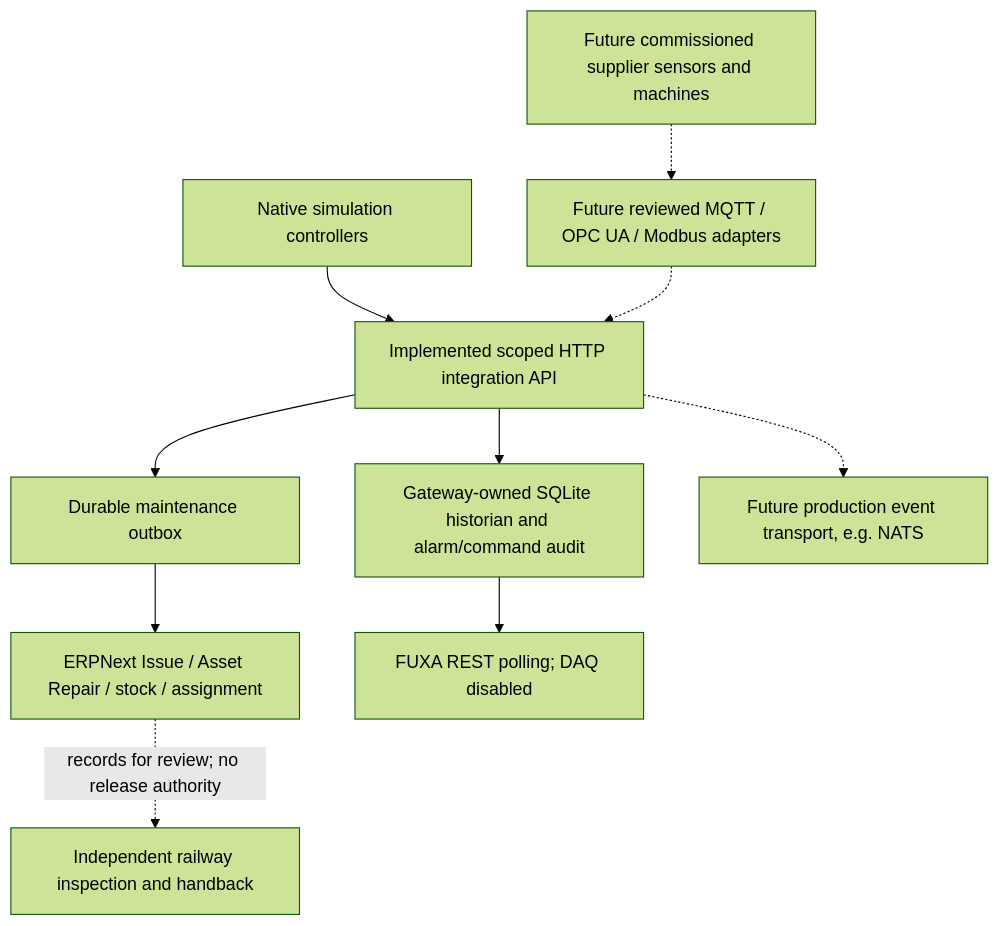
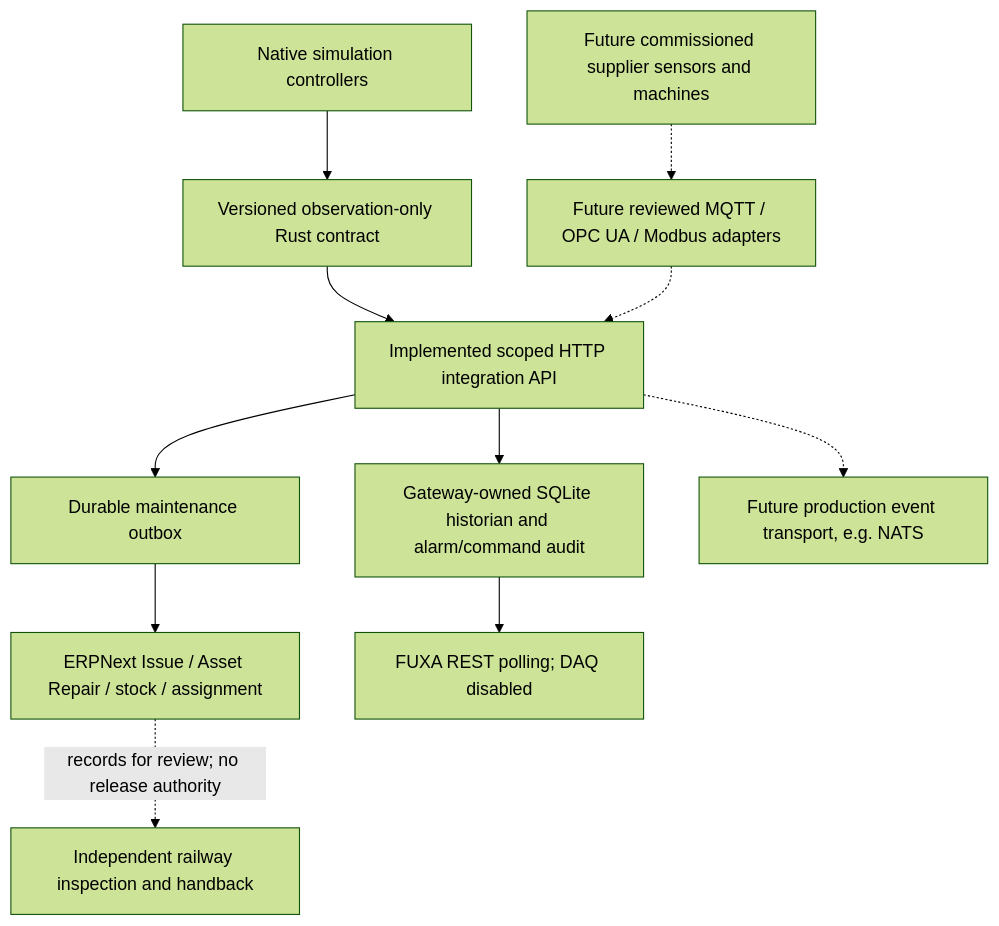
Before and after one commit to modernecotech/OpenSourceRail: the second of 9 diagrams in docs/software-architecture-diagrams.md, drawn with Mermaid (forest theme). The commit also changed other lines of this file and 67 other files, not shown here.

````diff
--- a/docs/software-architecture-diagrams.md
+++ b/docs/software-architecture-diagrams.md
@@ -51,22 +57,24 @@
 ```mermaid
 flowchart TB
   Controllers["Native simulation controllers"]
+  Contract["Versioned observation-only Rust contract"]
   API["Implemented scoped HTTP integration API"]
   History["Gateway-owned SQLite historian and alarm/command audit"]
   Queue["Durable maintenance outbox"]
   ERP["ERPNext Issue / Asset Repair / stock / assignment"]
   FUXA["FUXA REST polling; DAQ disabled"]
   Hardware["Future commissioned supplier sensors and machines"]
   Transport["Future reviewed MQTT / OPC UA / Modbus adapters"]
   Bus["Future production event transport, e.g. NATS"]
   Assurance["Independent railway inspection and handback"]
-  Controllers --> API
+  Controllers --> Contract
+  Contract --> API
   API --> History
   History --> FUXA
   API --> Queue
   Queue --> ERP
   Hardware -.-> Transport
   Transport -.-> API
   API -.-> Bus
   ERP -.->|records for review; no release authority| Assurance
 ```
````
